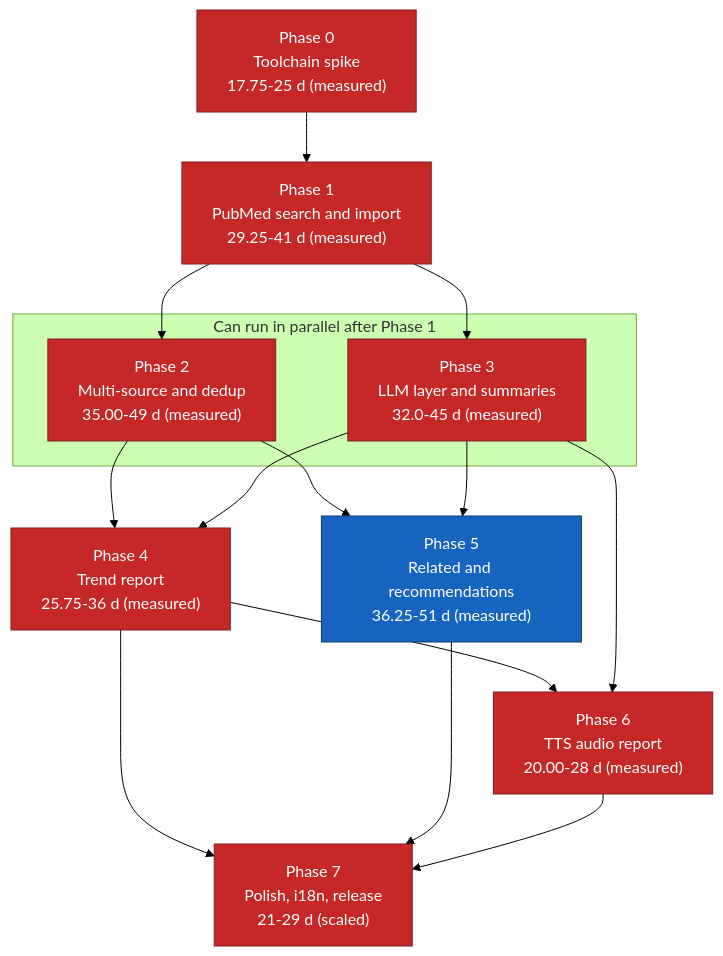
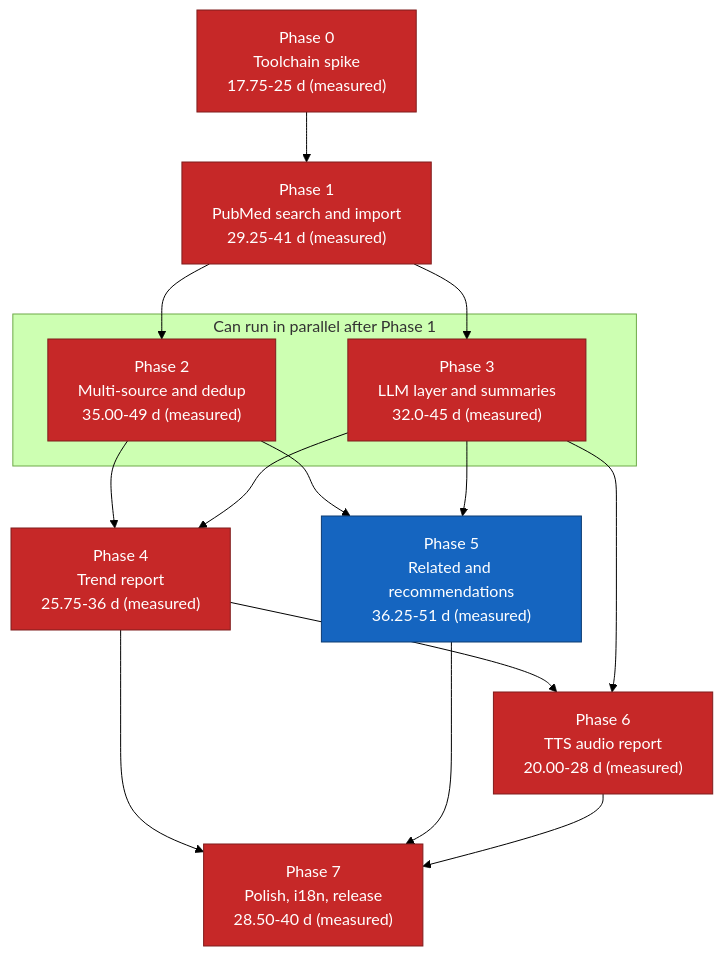
One commit to suppakoko/research_helper changed the diagram in docs/11-implementation-roadmap.md. Above: the diagram before and after it, drawn with Mermaid (forest theme). The commit also changed other lines of this file and 14 other files, not shown here.

Commit message:
Phase 6 open lines answered (item 379); Phase 7 decomposed: 31 cards, 28.50-40 d; every phase now measured (item 380)

````diff
--- a/docs/11-implementation-roadmap.md
+++ b/docs/11-implementation-roadmap.md
@@ -326,34 +327,34 @@
 ```mermaid
 graph TD
     P0["Phase 0<br/>Toolchain spike<br/>17.75-25 d (measured)"]
     P1["Phase 1<br/>PubMed search and import<br/>29.25-41 d (measured)"]
     P2["Phase 2<br/>Multi-source and dedup<br/>35.00-49 d (measured)"]
     P3["Phase 3<br/>LLM layer and summaries<br/>32.0-45 d (measured)"]
     P4["Phase 4<br/>Trend report<br/>25.75-36 d (measured)"]
     P5["Phase 5<br/>Related and recommendations<br/>36.25-51 d (measured)"]
     P6["Phase 6<br/>TTS audio report<br/>20.00-28 d (measured)"]
-    P7["Phase 7<br/>Polish, i18n, release<br/>21-29 d (scaled)"]
+    P7["Phase 7<br/>Polish, i18n, release<br/>28.50-40 d (measured)"]
 
     P0 --> P1
     P1 --> P2
     P1 --> P3
     P2 --> P4
     P3 --> P4
     P2 --> P5
     P3 --> P5
     P4 --> P6
     P3 --> P6
     P4 --> P7
     P5 --> P7
     P6 --> P7
 
     subgraph parallel["Can run in parallel after Phase 1"]
         P2
         P3
     end
 
     classDef critical fill:#c62828,stroke:#7f1d1d,color:#ffffff
     classDef normal fill:#1565c0,stroke:#0d3c73,color:#ffffff
     class P0,P1,P2,P3,P4,P6,P7 critical
     class P5 normal
 ```
````
